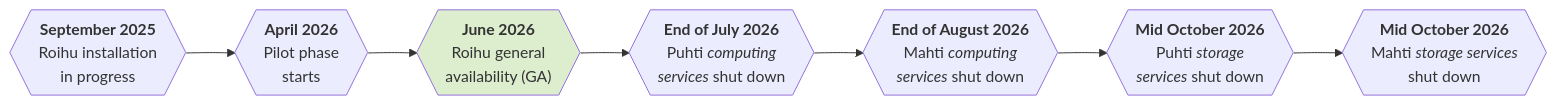
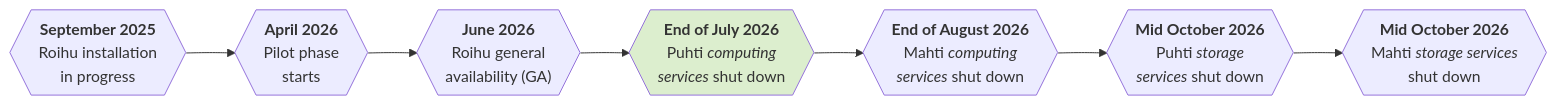
Before and after one commit to CSCfi/csc-user-guide: the diagram in docs/computing/systems-roihu.md, drawn with Mermaid.

Commit message:
Move Roihu schedule into Roihu compute shutdown

````diff
--- a/docs/computing/systems-roihu.md
+++ b/docs/computing/systems-roihu.md
@@ -13,25 +13,25 @@
 ```mermaid
 graph LR;
     A{{"<b>September 2025</b>
         Roihu installation
         in progress"}} --> B;
     B{{"<b>April 2026</b>
         Pilot phase
         starts"}} --> C;
     C{{"<b>June 2026</b>
         Roihu general
         availability (GA)"}} --> D;
     D{{"<b>End of July 2026</b>
         Puhti <i>computing
         services</i> shut down"}} --> E;
     E{{"<b>End of August 2026</b>
         Mahti <i>computing
         services</i> shut down"}} --> F;
     F{{"<b>Mid October 2026</b>
         Puhti <i>storage
         services</i> shut down"}} --> G;
     G{{"<b>Mid October 2026</b>
         Mahti <i>storage services</i>
         shut down"}}
-    style C fill:#dceeceff;
+    style D fill:#dceeceff;
 ```
````
